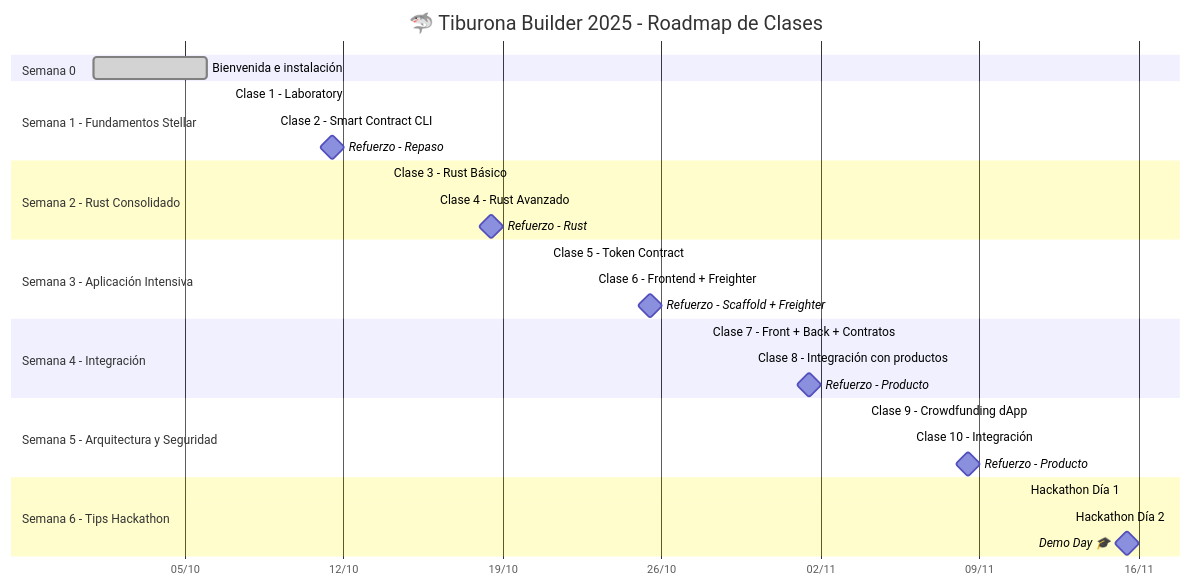
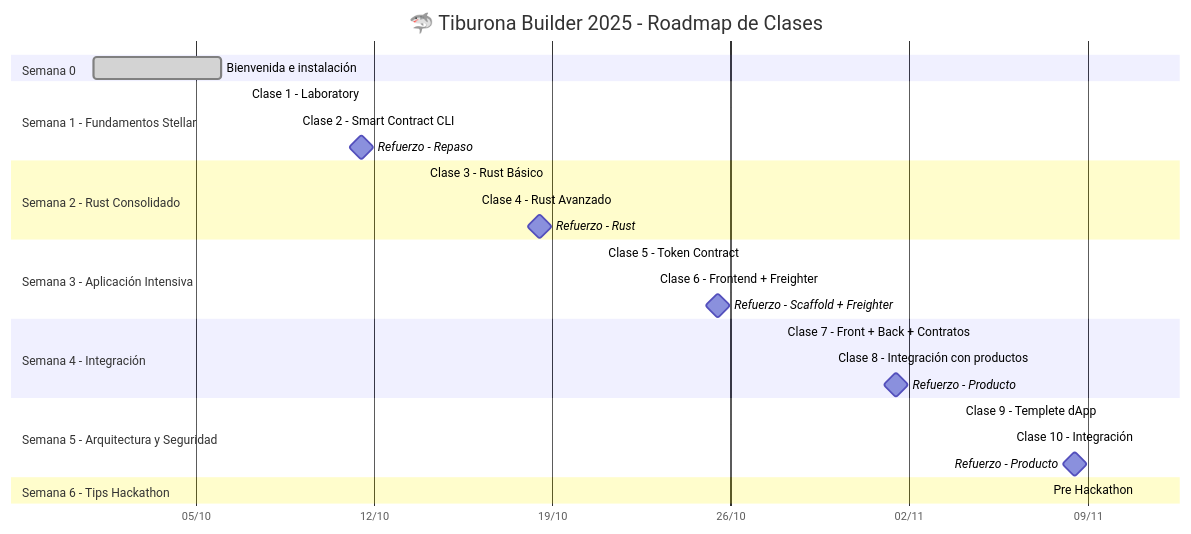
Before and after one commit to BuenDia-Builders/codigofutura: the diagram in README.md, drawn with Mermaid. The commit also changed other lines of this file, not shown here.

Commit message:
Update class names and schedule in README

````diff
--- a/README.md
+++ b/README.md
@@ -50,39 +50,37 @@
 ```mermaid
 gantt
     dateFormat  DD-MM-YYYY
     title 🦈 Tiburona Builder 2025 - Roadmap de Clases
     axisFormat  %d/%m
 
     section Semana 0
     Bienvenida e instalación          :done, 01-10-2025, 06-10-2025
 
     section Semana 1 - Fundamentos Stellar
     Clase 1 - Laboratory              :active, 07-10-2025, 07-10-2025
     Clase 2 - Smart Contract CLI      :active, 09-10-2025, 09-10-2025
     Refuerzo - Repaso                 :milestone, 11-10-2025, 1d
 
     section Semana 2 - Rust Consolidado
     Clase 3 - Rust Básico             :14-10-2025, 14-10-2025
     Clase 4 - Rust Avanzado           :16-10-2025, 16-10-2025
     Refuerzo - Rust                   :milestone, 18-10-2025, 1d
 
     section Semana 3 - Aplicación Intensiva
     Clase 5 - Token Contract          :21-10-2025, 21-10-2025
     Clase 6 - Frontend + Freighter    :23-10-2025, 23-10-2025
     Refuerzo - Scaffold + Freighter   :milestone, 25-10-2025, 1d
 
     section Semana 4 - Integración
     Clase 7 - Front + Back + Contratos:28-10-2025, 28-10-2025
     Clase 8 - Integración con productos:30-10-2025, 30-10-2025
     Refuerzo - Producto          :milestone, 01-11-2025, 1d
 
     section Semana 5 - Arquitectura y Seguridad
-    Clase 9 - Crowdfunding dApp       :04-11-2025, 04-11-2025
-    Clase 10 - Integración    :06-11-2025, 06-11-2025
-    Refuerzo - Producto               :milestone, 08-11-2025, 1d
+    Clase 9 - Templete dApp       :04-11-2025, 04-11-2025
+    Clase 10 - Integración        :06-11-2025, 06-11-2025
+    Refuerzo - Producto           :milestone, 08-11-2025, 1d
 
     section Semana 6 - Tips Hackathon
-    Hackathon Día 1                   :11-11-2025, 11-11-2025
-    Hackathon Día 2                   :13-11-2025, 13-11-2025
-    Demo Day 🎓                       :milestone, 15-11-2025, 1d
+    Pre Hackathon                   :11-11-2025, 11-11-2025
 ```
````
